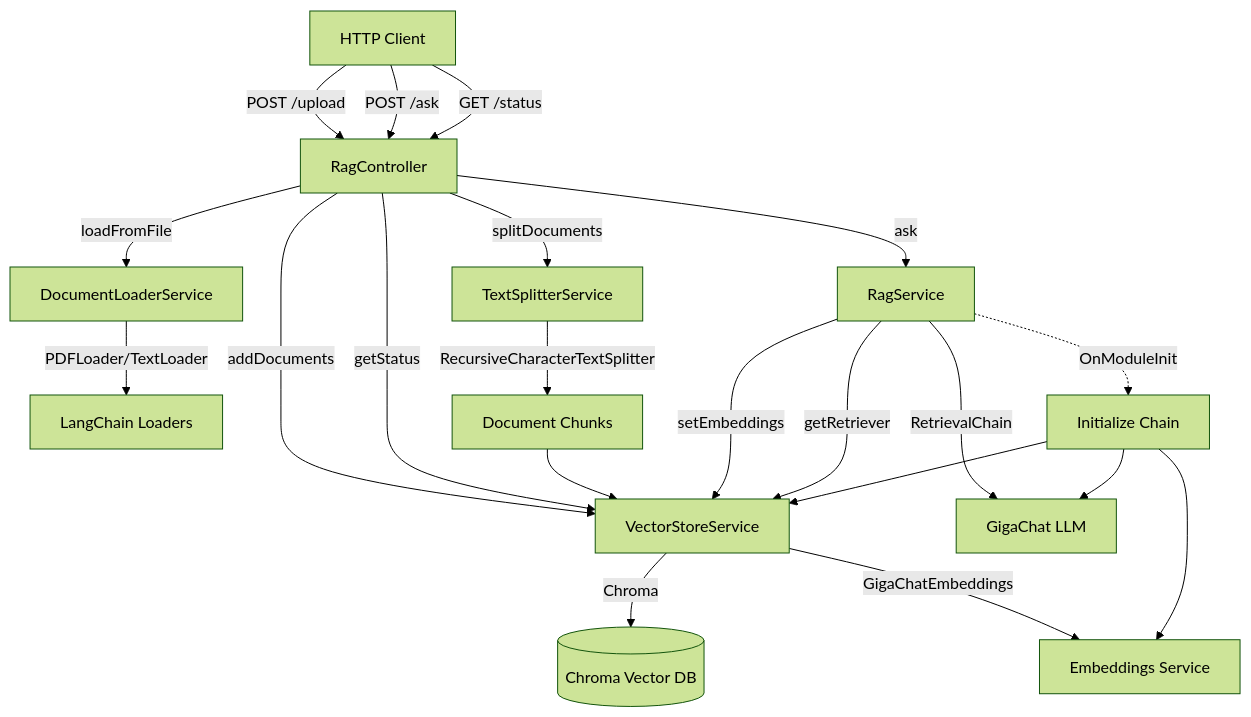
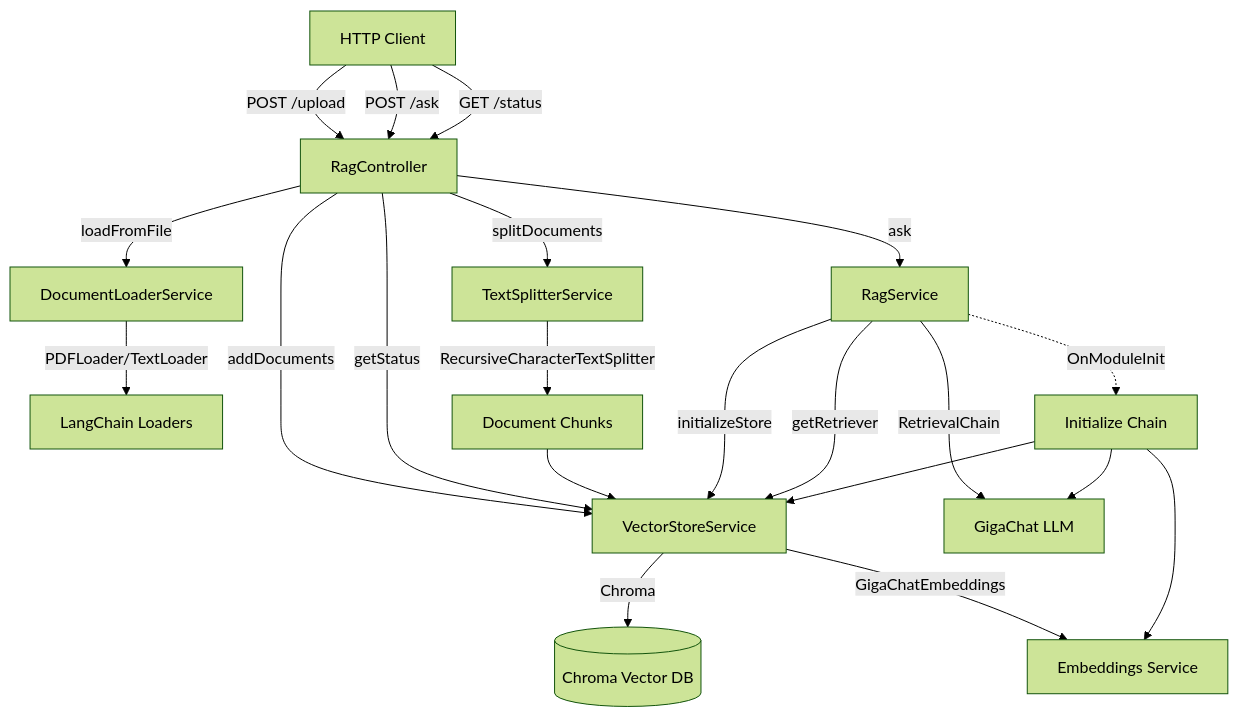
Before and after one commit to Dmitriy-Git/book_library_server: the diagram in src/agent/docs/rag_модуль_архитектура_5ab3ddea.plan.md, drawn with Mermaid (forest theme). The commit also changed other lines of this file and 5 other files, not shown here.

First line of the commit message:
refactor: update VectorStoreService methods and documentation

````diff
--- a/src/agent/docs/rag_модуль_архитектура_5ab3ddea.plan.md
+++ b/src/agent/docs/rag_модуль_архитектура_5ab3ddea.plan.md
@@ -104,27 +104,27 @@
 ```mermaid
 graph TB
     Client[HTTP Client] -->|POST /upload| Controller[RagController]
     Client -->|POST /ask| Controller
     Client -->|GET /status| Controller
     
     Controller -->|loadFromFile| DocLoader[DocumentLoaderService]
     Controller -->|splitDocuments| TextSplitter[TextSplitterService]
     Controller -->|addDocuments| VectorStore[VectorStoreService]
     Controller -->|ask| RagService[RagService]
     Controller -->|getStatus| VectorStore
     
     DocLoader -->|PDFLoader/TextLoader| LangChain[LangChain Loaders]
     TextSplitter -->|RecursiveCharacterTextSplitter| Chunks[Document Chunks]
     Chunks --> VectorStore
     
-    RagService -->|setEmbeddings| VectorStore
+    RagService -->|initializeStore| VectorStore
     RagService -->|getRetriever| VectorStore
     RagService -->|RetrievalChain| LLM[GigaChat LLM]
     VectorStore -->|Chroma| ChromaDB[(Chroma Vector DB)]
     VectorStore -->|GigaChatEmbeddings| Embeddings[Embeddings Service]
     
     RagService -.->|OnModuleInit| Init[Initialize Chain]
     Init --> LLM
     Init --> Embeddings
     Init --> VectorStore
 ```
````
